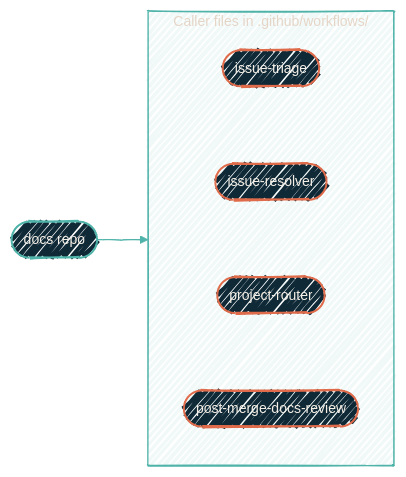
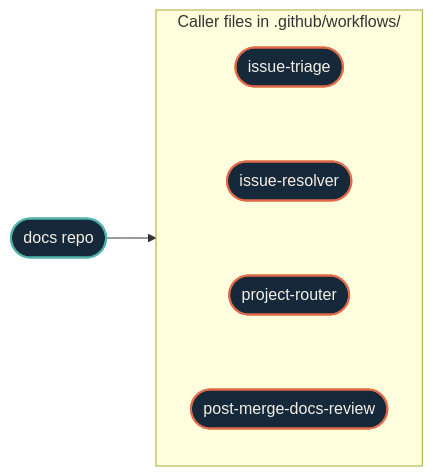
Before and after one commit to dryvist/docs: the diagram in automation/issue-to-pr-pipeline.mdx, drawn with Mermaid. The commit also changed other lines of this file and 116 other files, not shown here.

````diff
--- a/automation/issue-to-pr-pipeline.mdx
+++ b/automation/issue-to-pr-pipeline.mdx
@@ -31,23 +31,27 @@
 ```mermaid
-%%{init:
-  {'theme':'base','look':'handDrawn','themeVariables':{'fontFamily':'Geist','fontSize':'14px','primaryColor':'#102937','primaryTextColor':'#F4EFE6','primaryBorderColor':'#4FB3A9','lineColor':'#4FB3A9','secondaryColor':'#0B1D2A','tertiaryColor':'#1A2A38','clusterBkg':'rgba(79,179,169,0.08)','clusterBorder':'#4FB3A9'}}}%%
-  flowchart LR
+%%{init: {"theme":"base","look":"handDrawn","themeVariables":{"primaryColor":"#123a36","primaryTextColor":"#f4efe6","primaryBorderColor":"#4fb3a9","lineColor":"#4fb3a9","secondaryColor":"#0b1d2a","tertiaryColor":"#16293a","clusterBkg":"#08151f","clusterBorder":"#4fb3a9","fontFamily":"'Geist Sans', system-ui, -apple-system, BlinkMacSystemFont, 'Segoe UI', Roboto, sans-serif","fontSize":"14px"}}}%%
+flowchart LR
+  classDef src fill:#16293a,stroke:#e06b4a,stroke-width:2px,color:#f4efe6;
+  classDef ai fill:#16293a,stroke:#e06b4a,stroke-width:2px,color:#f4efe6;
+  classDef gate fill:#16293a,stroke:#e06b4a,stroke-width:2.5px,color:#f4efe6;
+  classDef hop fill:#16293a,stroke:#4fb3a9,stroke-width:2px,color:#f4efe6;
+  classDef host fill:#16293a,stroke:#4fb3a9,stroke-width:2px,color:#f4efe6;
+  classDef sink fill:#16293a,stroke:#f4efe6,stroke-width:2px,color:#f4efe6;
+  classDef auto fill:#16293a,stroke:#f4efe6,stroke-width:1.5px,color:#f4efe6;
+  classDef external fill:#16293a,stroke:#e6b35a,stroke-width:2px,color:#f4efe6;
   R([docs repo])
 
   subgraph callers[Caller files in .github/workflows/]
   direction TB
   A([issue-triage])
   B([issue-resolver])
   E([project-router])
   F([post-merge-docs-review])
   A ~~~ B ~~~ E ~~~ F
   end
 
   R --> A
 
-  classDef host fill:#102937,stroke:#4FB3A9,stroke-width:2px,color:#F4EFE6;
-  classDef ai   fill:#102937,stroke:#E06B4A,stroke-width:2px,color:#F4EFE6;
-
   class R host
   class A,B,E,F ai
 ```
````
